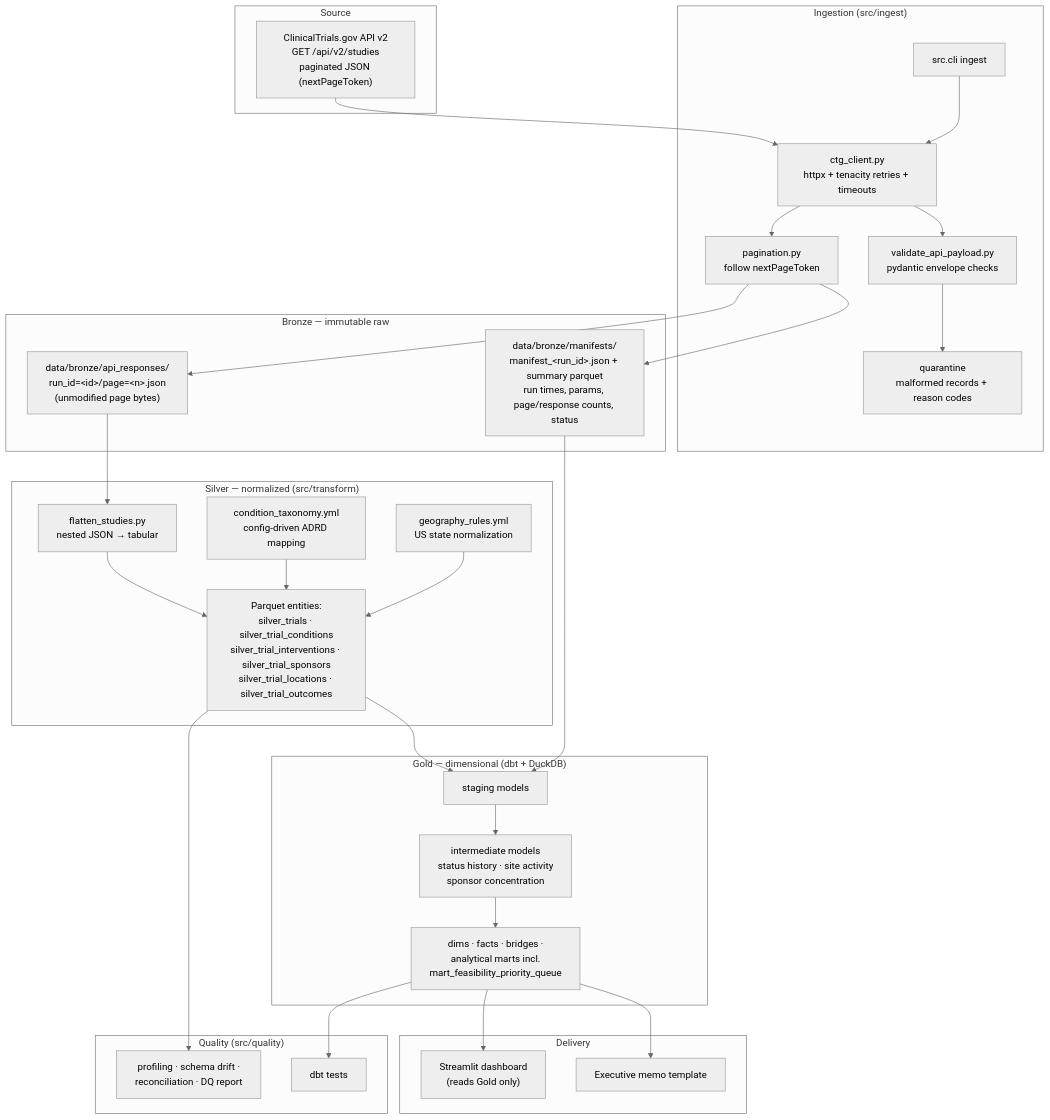
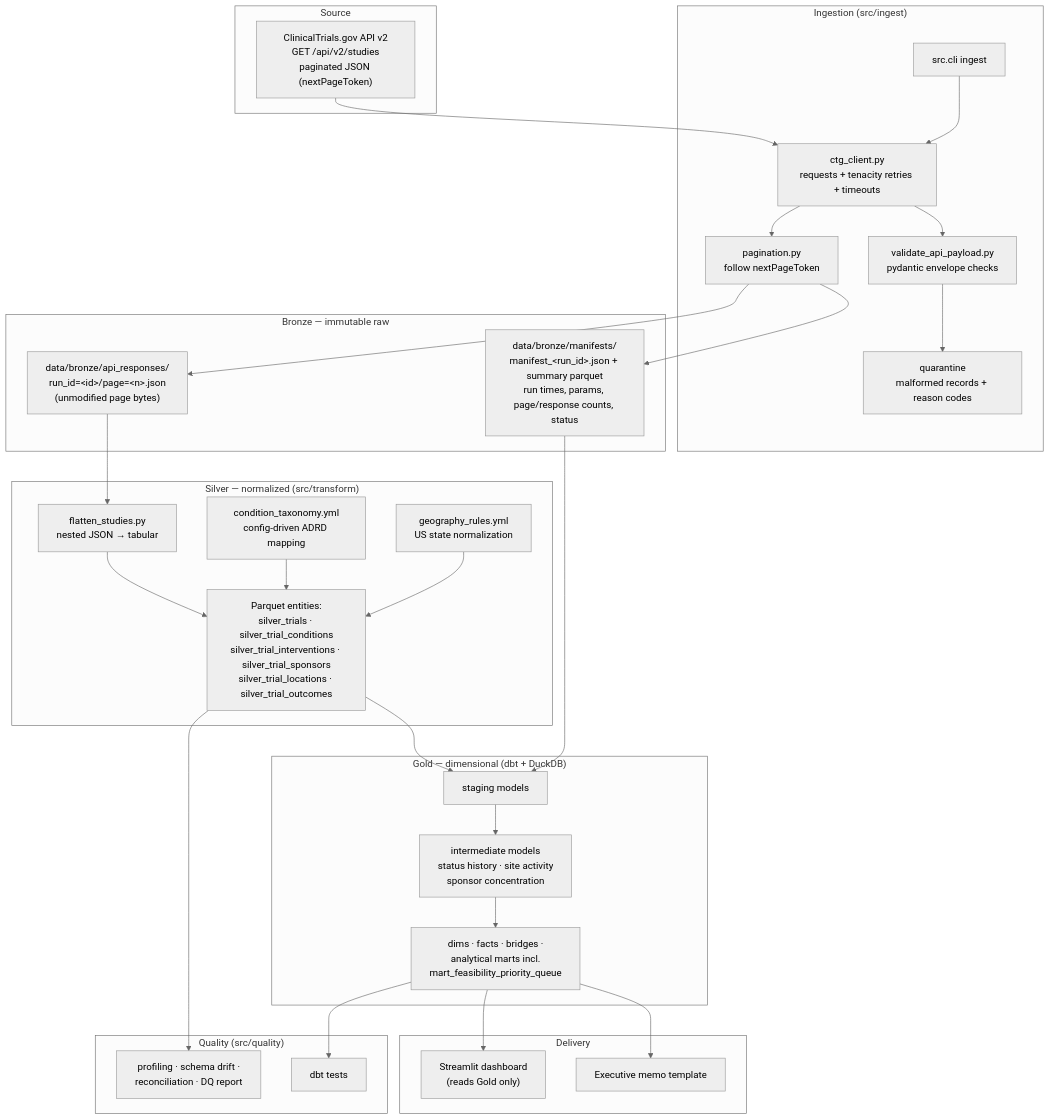
Before and after one commit to ne1cc/clinical-trial-intelligence: the first of 2 diagrams in docs/architecture.md, drawn with Mermaid (neutral theme). The commit also changed other lines of this file and 8 other files, not shown here.

First line of the commit message:
fix(ingest): replace httpx with requests in ClinicalTrials.gov client

````diff
--- a/docs/architecture.md
+++ b/docs/architecture.md
@@ -10,56 +10,56 @@
 ```mermaid
 flowchart TB
     subgraph SRC["Source"]
         CTG["ClinicalTrials.gov API v2<br/>GET /api/v2/studies<br/>paginated JSON (nextPageToken)"]
     end
 
     subgraph ING["Ingestion (src/ingest)"]
         CLI["src.cli ingest"]
-        CLIENT["ctg_client.py<br/>httpx + tenacity retries + timeouts"]
+        CLIENT["ctg_client.py<br/>requests + tenacity retries + timeouts"]
         PAGES["pagination.py<br/>follow nextPageToken"]
         VAL["validate_api_payload.py<br/>pydantic envelope checks"]
         QUAR["quarantine<br/>malformed records + reason codes"]
     end
 
     subgraph BRONZE["Bronze — immutable raw"]
         RAWJSON["data/bronze/api_responses/<br/>run_id=&lt;id&gt;/page=&lt;n&gt;.json<br/>(unmodified page bytes)"]
         MANIFEST["data/bronze/manifests/<br/>manifest_&lt;run_id&gt;.json + summary parquet<br/>run times, params, page/response counts, status"]
     end
 
     subgraph SILVER["Silver — normalized (src/transform)"]
         FLAT["flatten_studies.py<br/>nested JSON → tabular"]
         ENTITIES["Parquet entities:<br/>silver_trials · silver_trial_conditions<br/>silver_trial_interventions · silver_trial_sponsors<br/>silver_trial_locations · silver_trial_outcomes"]
         TAX["condition_taxonomy.yml<br/>config-driven ADRD mapping"]
         GEO["geography_rules.yml<br/>US state normalization"]
     end
 
     subgraph GOLD["Gold — dimensional (dbt + DuckDB)"]
         STG["staging models"]
         INT["intermediate models<br/>status history · site activity<br/>sponsor concentration"]
         MARTS["dims · facts · bridges ·<br/>analytical marts incl.<br/>mart_feasibility_priority_queue"]
     end
 
     subgraph QA["Quality (src/quality)"]
         PROF["profiling · schema drift ·<br/>reconciliation · DQ report"]
         DBTTEST["dbt tests"]
     end
 
     subgraph OUT["Delivery"]
         APP["Streamlit dashboard<br/>(reads Gold only)"]
         MEMODOC["Executive memo template"]
     end
 
     CTG --> CLIENT
     CLI --> CLIENT --> PAGES --> RAWJSON
     PAGES --> MANIFEST
     CLIENT --> VAL --> QUAR
     RAWJSON --> FLAT --> ENTITIES
     TAX --> ENTITIES
     GEO --> ENTITIES
     ENTITIES --> STG --> INT --> MARTS
     MANIFEST --> STG
     ENTITIES --> PROF
     MARTS --> DBTTEST
     MARTS --> APP
     MARTS --> MEMODOC
 ```
````
